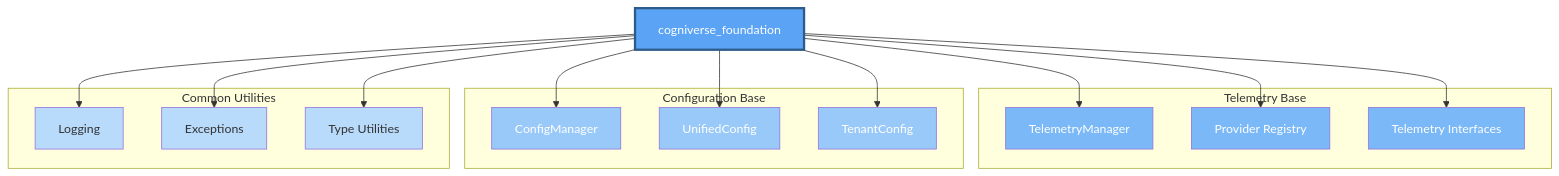
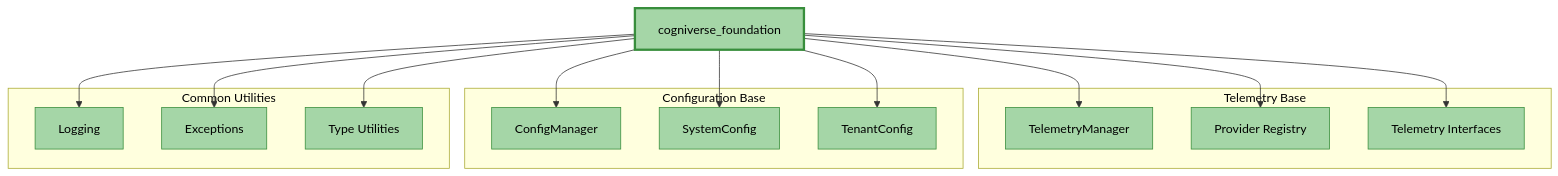
One commit to amit-jain/cogniverse changed the third of 17 diagrams in docs/diagrams/sdk-architecture-diagrams.md. Above: the diagram before and after it, drawn with Mermaid. The commit also changed other lines of this file and 83 other files, not shown here.

First line of the commit message:
Fix documentation veracity, formatting, and diagrams across all modules

````diff
--- a/docs/diagrams/sdk-architecture-diagrams.md
+++ b/docs/diagrams/sdk-architecture-diagrams.md
@@ -161,43 +163,43 @@
 ```mermaid
-graph TB
-    FoundationPkg[cogniverse_foundation]
+flowchart TB
+    FoundationPkg["<span style='color:#000'>cogniverse_foundation</span>"]
 
-    subgraph "Telemetry Base"
-        TelemetryMgr[TelemetryManager]
-        ProviderRegistry[Provider Registry]
-        TelemetryInterfaces[Telemetry Interfaces]
+    subgraph TelemetryBase["<span style='color:#000'>Telemetry Base</span>"]
+        TelemetryMgr["<span style='color:#000'>TelemetryManager</span>"]
+        ProviderRegistry["<span style='color:#000'>Provider Registry</span>"]
+        TelemetryInterfaces["<span style='color:#000'>Telemetry Interfaces</span>"]
     end
 
-    subgraph "Configuration Base"
-        ConfigMgr[ConfigManager]
-        UnifiedConfig[UnifiedConfig]
-        TenantConfig[TenantConfig]
+    subgraph ConfigBase["<span style='color:#000'>Configuration Base</span>"]
+        ConfigMgr["<span style='color:#000'>ConfigManager</span>"]
+        SystemConfig["<span style='color:#000'>SystemConfig</span>"]
+        TenantConfig["<span style='color:#000'>TenantConfig</span>"]
     end
 
-    subgraph "Common Utilities"
-        LoggingUtils[Logging]
-        ExceptionHandling[Exceptions]
-        TypeUtils[Type Utilities]
+    subgraph CommonUtils["<span style='color:#000'>Common Utilities</span>"]
+        LoggingUtils["<span style='color:#000'>Logging</span>"]
+        ExceptionHandling["<span style='color:#000'>Exceptions</span>"]
+        TypeUtils["<span style='color:#000'>Type Utilities</span>"]
     end
 
     FoundationPkg --> TelemetryMgr
     FoundationPkg --> ProviderRegistry
     FoundationPkg --> TelemetryInterfaces
     FoundationPkg --> ConfigMgr
-    FoundationPkg --> UnifiedConfig
+    FoundationPkg --> SystemConfig
     FoundationPkg --> TenantConfig
     FoundationPkg --> LoggingUtils
     FoundationPkg --> ExceptionHandling
     FoundationPkg --> TypeUtils
 
-    style FoundationPkg fill:#5BA3F5,stroke:#2E5C8A,stroke-width:3px,color:#fff
-    style TelemetryMgr fill:#7AB8F7,color:#fff
-    style ProviderRegistry fill:#7AB8F7,color:#fff
-    style TelemetryInterfaces fill:#7AB8F7,color:#fff
-    style ConfigMgr fill:#99C9F9,color:#fff
-    style UnifiedConfig fill:#99C9F9,color:#fff
-    style TenantConfig fill:#99C9F9,color:#fff
-    style LoggingUtils fill:#B8DAFB
-    style ExceptionHandling fill:#B8DAFB
-    style TypeUtils fill:#B8DAFB
+    style FoundationPkg fill:#a5d6a7,stroke:#388e3c,stroke-width:3px,color:#000
+    style TelemetryMgr fill:#a5d6a7,stroke:#388e3c,color:#000
+    style ProviderRegistry fill:#a5d6a7,stroke:#388e3c,color:#000
+    style TelemetryInterfaces fill:#a5d6a7,stroke:#388e3c,color:#000
+    style ConfigMgr fill:#a5d6a7,stroke:#388e3c,color:#000
+    style SystemConfig fill:#a5d6a7,stroke:#388e3c,color:#000
+    style TenantConfig fill:#a5d6a7,stroke:#388e3c,color:#000
+    style LoggingUtils fill:#a5d6a7,stroke:#388e3c,color:#000
+    style ExceptionHandling fill:#a5d6a7,stroke:#388e3c,color:#000
+    style TypeUtils fill:#a5d6a7,stroke:#388e3c,color:#000
 ```
````
